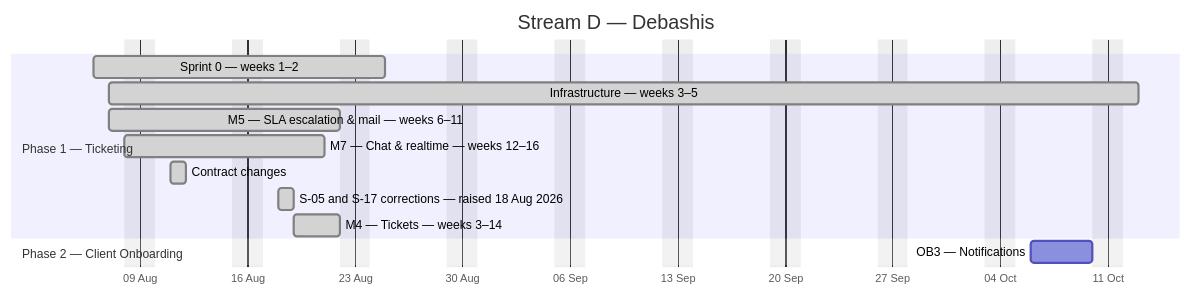
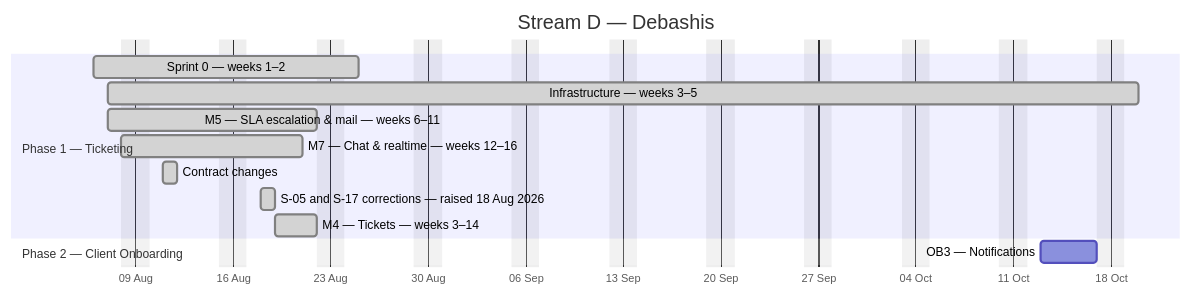
One commit to debashisedunext/EduTrack changed the fourth of 4 diagrams in docs/plan/GANTT.md. Above: the diagram before and after it, drawn with Mermaid. The commit also changed other lines of this file and 2 other files, not shown here.

````diff
--- a/docs/plan/GANTT.md
+++ b/docs/plan/GANTT.md
@@ -173,17 +173,17 @@
 ```mermaid
 gantt
     dateFormat YYYY-MM-DD
     axisFormat %d %b
     title Stream D — Debashis
     excludes weekends
     section Phase 1 — Ticketing
     Sprint 0 — weeks 1–2 :done, d0, 2026-08-06, 13d
-    Infrastructure — weeks 3–5 :done, d1, 2026-08-07, 47d
+    Infrastructure — weeks 3–5 :done, d1, 2026-08-07, 52d
     M5 — SLA  escalation & mail — weeks 6–11 :done, d2, 2026-08-07, 11d
     M7 — Chat & realtime — weeks 12–16 :done, d3, 2026-08-08, 10d
     Contract changes :done, d4, 2026-08-11, 1d
     S-05 and S-17 corrections — raised 18 Aug 2026 :done, d5, 2026-08-18, 1d
     M4 — Tickets — weeks 3–14 :done, d6, 2026-08-19, 3d
     section Phase 2 — Client Onboarding
-    OB3 — Notifications :d7, 2026-10-06, 4d
+    OB3 — Notifications :d7, 2026-10-13, 4d
 ```
````
